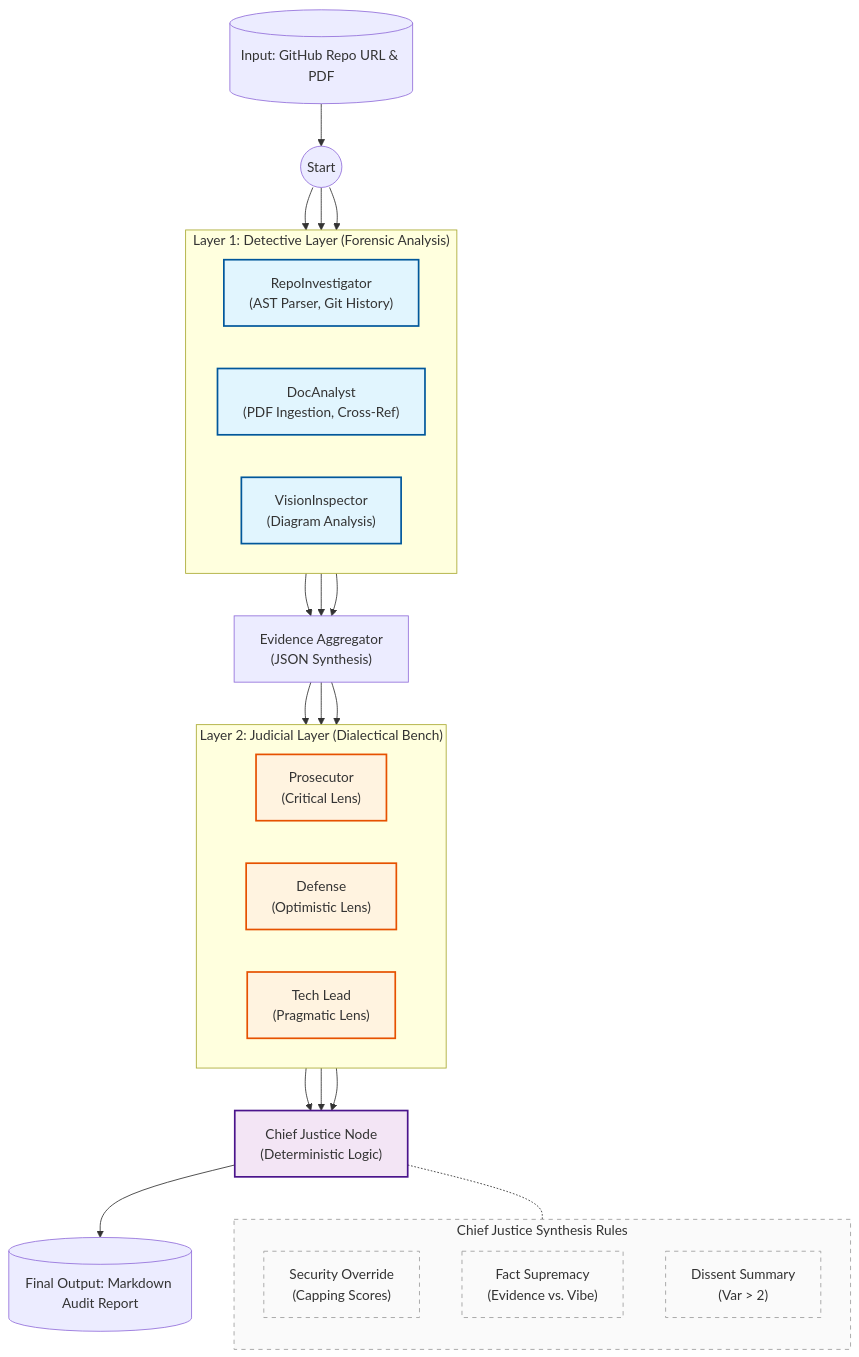
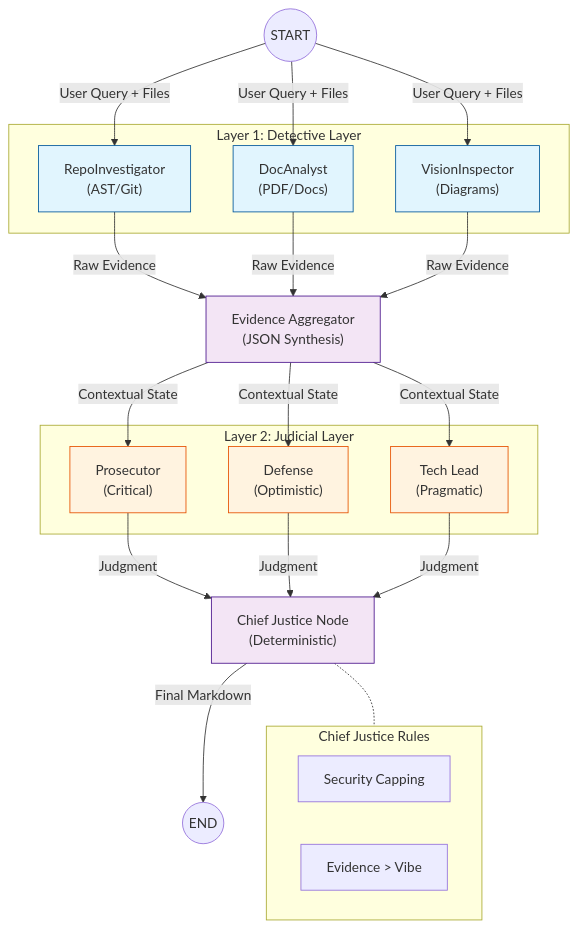
One commit to martha-ketsela-mengistu/automation-auditor changed the diagram in docs/architecture_notes.md. Above: the diagram before and after it, drawn with Mermaid.

Commit message:
Refine architecture diagram and update labels

````diff
--- a/docs/architecture_notes.md
+++ b/docs/architecture_notes.md
@@ -7,63 +7,55 @@
 ```mermaid
 graph TD
-    %% Input
-    Input[("Input: GitHub Repo URL & PDF")] --> StartNode
+    %% Input and Entry
+    StartNode((START)) --> |"User Query + Files"| RepoInvestigator
+    StartNode --> |"User Query + Files"| DocAnalyst
+    StartNode --> |"User Query + Files"| VisionInspector
 
-    subgraph DetectiveLayer ["Layer 1: Detective Layer (Forensic Analysis)"]
-        direction LR
-        RepoInvestigator["RepoInvestigator<br/>(AST Parser, Git History)"]
-        DocAnalyst["DocAnalyst<br/>(PDF Ingestion, Cross-Ref)"]
-        VisionInspector["VisionInspector<br/>(Diagram Analysis)"]
+    %% Layer 1: Detective Layer
+    subgraph DetectiveLayer ["Layer 1: Detective Layer"]
+        RepoInvestigator["RepoInvestigator<br/>(AST/Git)"]
+        DocAnalyst["DocAnalyst<br/>(PDF/Docs)"]
+        VisionInspector["VisionInspector<br/>(Diagrams)"]
     end
 
-    subgraph JudicialLayer ["Layer 2: Judicial Layer (Dialectical Bench)"]
-        direction LR
-        Prosecutor["Prosecutor<br/>(Critical Lens)"]
-        Defense["Defense<br/>(Optimistic Lens)"]
-        TechLead["Tech Lead<br/>(Pragmatic Lens)"]
+    %% Fan-In to Aggregator
+    RepoInvestigator --> |"Raw Evidence"| Aggregator
+    DocAnalyst --> |"Raw Evidence"| Aggregator
+    VisionInspector --> |"Raw Evidence"| Aggregator
+
+    Aggregator["Evidence Aggregator<br/>(JSON Synthesis)"] --> |"Contextual State"| Prosecutor
+    Aggregator --> |"Contextual State"| Defense
+    Aggregator --> |"Contextual State"| TechLead
+
+    %% Layer 2: Judicial Layer
+    subgraph JudicialLayer ["Layer 2: Judicial Layer"]
+        Prosecutor["Prosecutor<br/>(Critical)"]
+        Defense["Defense<br/>(Optimistic)"]
+        TechLead["Tech Lead<br/>(Pragmatic)"]
     end
 
-    %% Flow: Start to Detectives
-    StartNode(("Start")) --> RepoInvestigator
-    StartNode --> DocAnalyst
-    StartNode --> VisionInspector
+    %% Fan-In to Chief Justice
+    Prosecutor --> |"Judgment"| ChiefJustice
+    Defense --> |"Judgment"| ChiefJustice
+    TechLead --> |"Judgment"| ChiefJustice
 
-    %% Fan-In from Detectives to Aggregator
-    RepoInvestigator --> EvidenceAggregator["Evidence Aggregator<br/>(JSON Synthesis)"]
-    DocAnalyst --> EvidenceAggregator
-    VisionInspector --> EvidenceAggregator
+    ChiefJustice["Chief Justice Node<br/>(Deterministic)"]
 
-    %% Flow: Aggregator to Judges (Fan-Out)
-    EvidenceAggregator --> Prosecutor
-    EvidenceAggregator --> Defense
-    EvidenceAggregator --> TechLead
-
-    %% Fan-In from Judges to Chief Justice
-    Prosecutor --> ChiefJustice["Chief Justice Node<br/>(Deterministic Logic)"]
-    Defense --> ChiefJustice
-    TechLead --> ChiefJustice
-
-    %% Rules in Chief Justice
-    subgraph JusticeRules ["Chief Justice Synthesis Rules"]
-        direction TB
-        SecurityOverride["Security Override<br/>(Capping Scores)"]
-        FactSupremacy["Fact Supremacy<br/>(Evidence vs. Vibe)"]
-        DissentRequirement["Dissent Summary<br/>(Var > 2)"]
+    %% Rules Context
+    subgraph JusticeRules ["Chief Justice Rules"]
+        SecurityOverride["Security Capping"]
+        FactSupremacy["Evidence > Vibe"]
     end
-    
     ChiefJustice -.- JusticeRules
 
     %% Output
-    ChiefJustice --> FinalReport[("Final Output: Markdown Audit Report")]
+    ChiefJustice --> |"Final Markdown"| EndNode((END))
 
     %% Styling
-    classDef detective fill:#e1f5fe,stroke:#01579b,stroke-width:2px;
-    classDef judicial fill:#fff3e0,stroke:#e65100,stroke-width:2px;
-    classDef synthesis fill:#f3e5f5,stroke:#4a148c,stroke-width:2px;
-    classDef rules fill:#fafafa,stroke:#9e9e9e,stroke-dasharray: 5 5;
-    
+    classDef detective fill:#e1f5fe,stroke:#01579b;
+    classDef judicial fill:#fff3e0,stroke:#e65100;
+    classDef synthesis fill:#f3e5f5,stroke:#4a148c;
     class RepoInvestigator,DocAnalyst,VisionInspector detective;
     class Prosecutor,Defense,TechLead judicial;
-    class ChiefJustice synthesis;
-    class JusticeRules,SecurityOverride,FactSupremacy,DissentRequirement rules;
+    class ChiefJustice,Aggregator synthesis;
 ```
````
